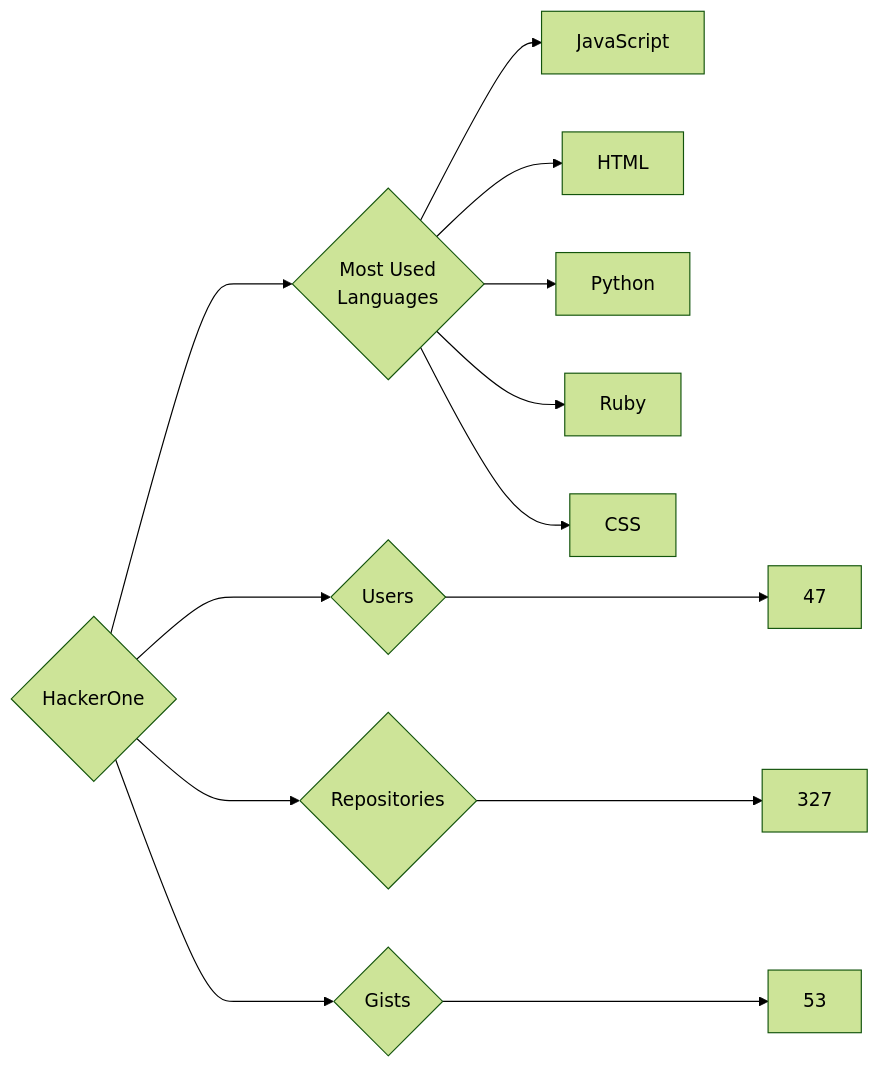
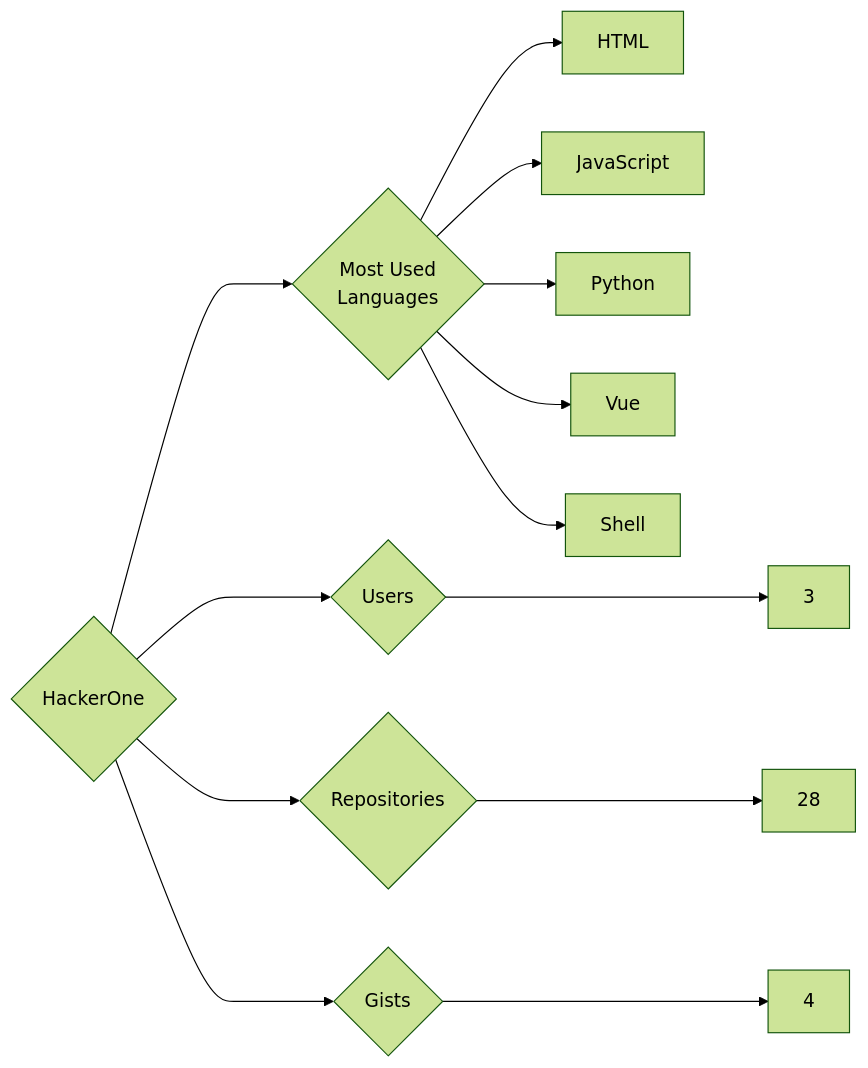
Before and after one commit to trickest/insiders: the diagram in targets/HackerOne/README.md, drawn with Mermaid (forest theme). The commit also changed 826 other files, not shown here.

````diff
--- a/targets/HackerOne/README.md
+++ b/targets/HackerOne/README.md
@@ -3,13 +3,13 @@
 ```mermaid
 graph LR
 COMPANY_NAME{HackerOne}
-COMPANY_NAME ---> U{Users} ---> UN[47]
-COMPANY_NAME ---> R{Repositories} ---> RN[327]
-COMPANY_NAME ---> G{Gists} ---> GN[53]
+COMPANY_NAME ---> U{Users} ---> UN[3]
+COMPANY_NAME ---> R{Repositories} ---> RN[28]
+COMPANY_NAME ---> G{Gists} ---> GN[4]
 COMPANY_NAME ---> ML{Most Used<br>Languages}
+ML --> HTML[HTML]
 ML --> JavaScript[JavaScript]
-ML --> HTML[HTML]
 ML --> Python[Python]
-ML --> Ruby[Ruby]
-ML --> CSS[CSS]
+ML --> Vue[Vue]
+ML --> Shell[Shell]
 ```
````
